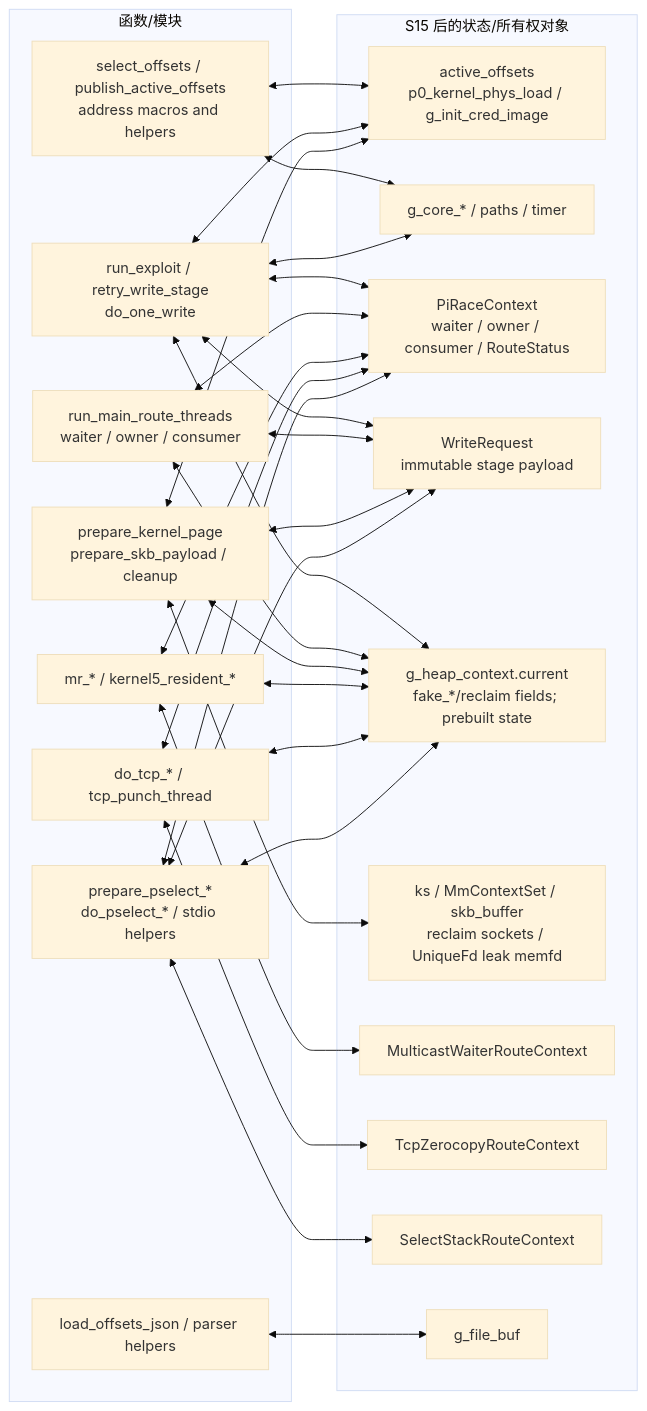
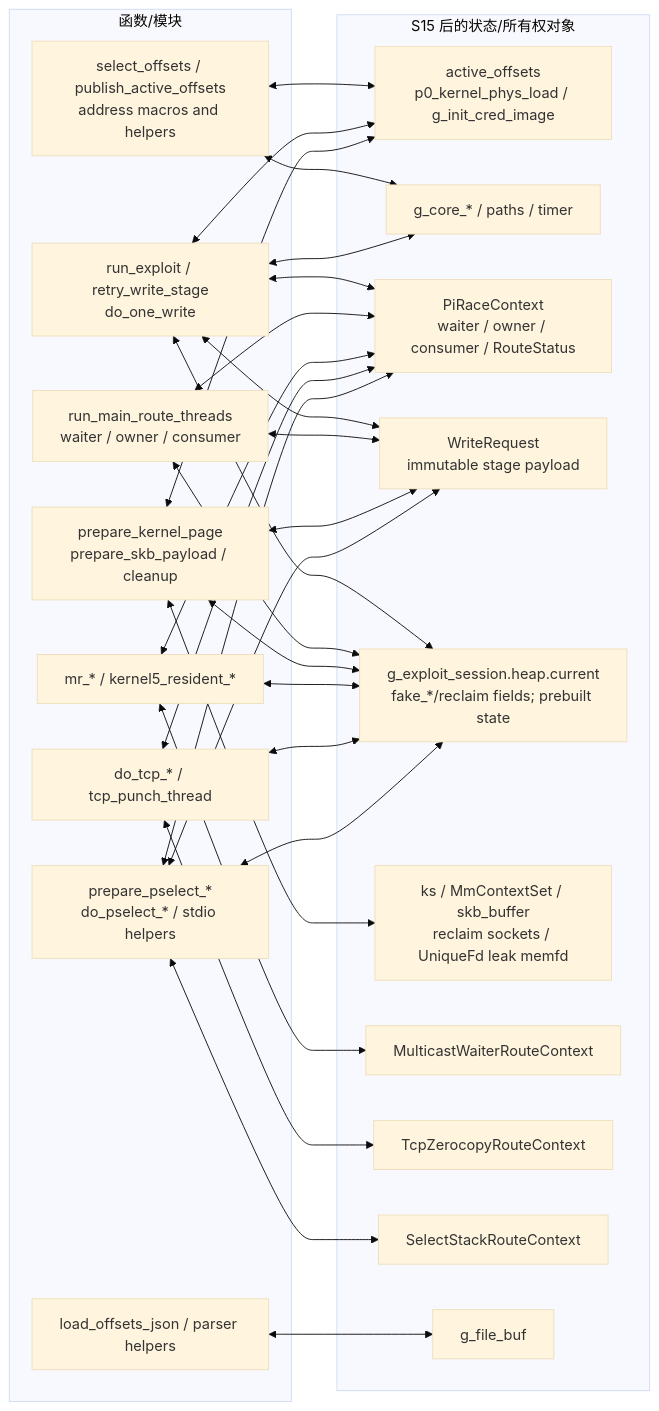
One commit to YuKongA/ghostlock-app changed the fourth of 5 diagrams in analysis/all-functions-callgraph.md. Above: the diagram before and after it, drawn with Mermaid (base theme). The commit also changed 6 other files, not shown here.

````diff
--- a/analysis/all-functions-callgraph.md
+++ b/analysis/all-functions-callgraph.md
@@ -424,52 +424,52 @@
 ```mermaid
 flowchart LR
   subgraph Functions["函数/模块"]
     ProfileFns["select_offsets / publish_active_offsets<br/>address macros and helpers"]
     Controller["run_exploit / retry_write_stage<br/>do_one_write"]
     RaceFns["run_main_route_threads<br/>waiter / owner / consumer"]
     HeapFns["prepare_kernel_page<br/>prepare_skb_payload / cleanup"]
     McastFns["mr_* / kernel5_resident_*"]
     TcpFns["do_tcp_* / tcp_punch_thread"]
     PselectFns["prepare_pselect_*<br/>do_pselect_* / stdio helpers"]
     JsonFns["load_offsets_json / parser helpers"]
   end
 
   subgraph Globals["S15 后的状态/所有权对象"]
     GProfile["active_offsets<br/>p0_kernel_phys_load / g_init_cred_image"]
     GConfig["g_core_* / paths / timer"]
     GRace["PiRaceContext<br/>waiter / owner / consumer / RouteStatus"]
     GWrite["WriteRequest<br/>immutable stage payload"]
-    GPage["g_heap_context.current<br/>fake_*/reclaim fields; prebuilt state"]
+    GPage["g_exploit_session.heap.current<br/>fake_*/reclaim fields; prebuilt state"]
     GHeap["ks / MmContextSet / skb_buffer<br/>reclaim sockets / UniqueFd leak memfd"]
     GMcast["MulticastWaiterRouteContext"]
     GTcp["TcpZerocopyRouteContext"]
     GPselect["SelectStackRouteContext"]
     GJson["g_file_buf"]
   end
 
   ProfileFns <--> GProfile
   ProfileFns <--> GConfig
   Controller <--> GProfile
   Controller <--> GConfig
   Controller <--> GRace
   Controller <--> GWrite
   Controller <--> GPage
   RaceFns <--> GRace
   RaceFns <--> GWrite
   RaceFns <--> GPage
   HeapFns <--> GProfile
   HeapFns <--> GWrite
   HeapFns <--> GPage
   HeapFns <--> GHeap
   McastFns <--> GRace
   McastFns <--> GPage
   McastFns <--> GMcast
   TcpFns <--> GRace
   TcpFns <--> GPage
   TcpFns <--> GTcp
   PselectFns <--> GRace
   PselectFns <--> GWrite
   PselectFns <--> GPage
   PselectFns <--> GPselect
   JsonFns <--> GJson
 ```
````
